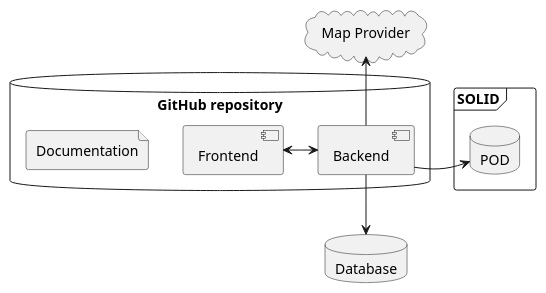
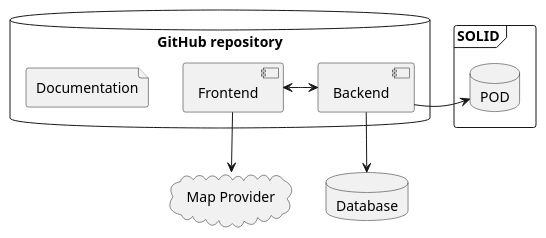
Before and after one commit to Arquisoft/lomap_en1a: the diagram in docs/images/sources/3-technicalContext.puml, drawn with PlantUML. The commit also changed 7 other files, not shown here.

```diff
--- a/docs/images/sources/3-technicalContext.puml
+++ b/docs/images/sources/3-technicalContext.puml
@@ -1,26 +1,26 @@
 @startuml
 ' Technical Context Diagram v1.0
 skinparam actorStyle awesome
 '-----------------------
 'Definition of actors
 '-----------------------
 
 database GitHubRepo as "GitHub repository" {
     component Frontend
     component Backend
     file Documentation
 }
 cloud MapService as "Map Provider"
 database Database
 frame SOLID {
     database POD
 }
 
 '-----------------------
 'Definition of relations
 '-----------------------
 Backend -> POD
-Backend -u-> MapService
 Backend -d-> Database
 Frontend <-> Backend
+Frontend -d-> MapService
 @enduml
```
